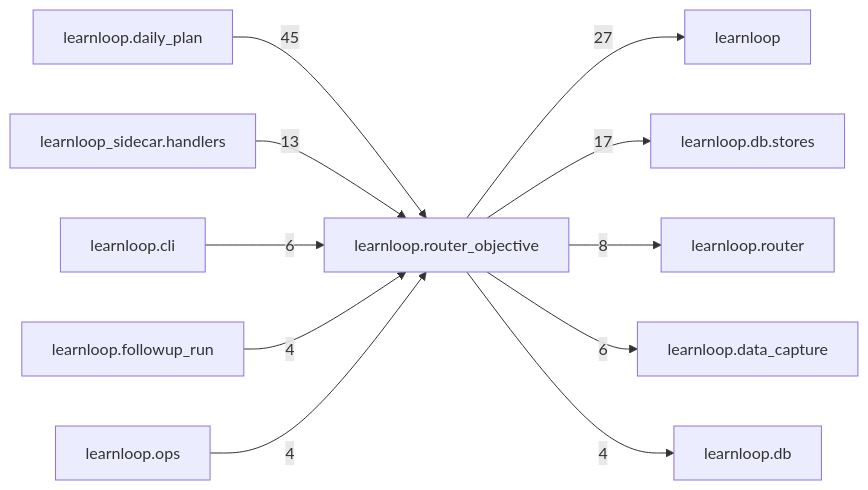
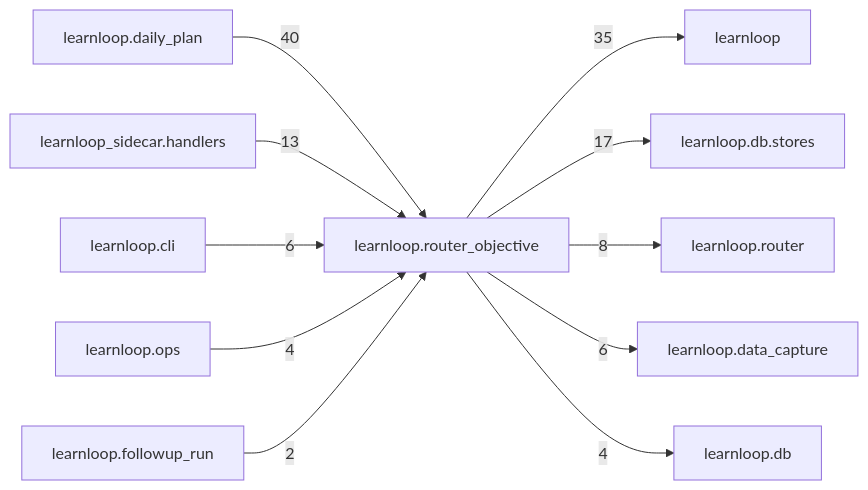
One commit to 6up-b/learnanything changed the diagram in docs/learnloop-architecture-vault/Reference/Modules/learnloop/router_objective/_package.md. Above: the diagram before and after it, drawn with Mermaid. The commit also changed other lines of this file and 59 other files, not shown here.

````diff
--- a/docs/learnloop-architecture-vault/Reference/Modules/learnloop/router_objective/_package.md
+++ b/docs/learnloop-architecture-vault/Reference/Modules/learnloop/router_objective/_package.md
@@ -161,24 +161,24 @@
 ```mermaid
 flowchart LR
     center["learnloop.router_objective"]
     n_learnloop_daily_plan["learnloop.daily_plan"]
     n_learnloop["learnloop"]
     n_learnloop_db_stores["learnloop.db.stores"]
     n_learnloop_sidecar_handlers["learnloop_sidecar.handlers"]
     n_learnloop_router["learnloop.router"]
     n_learnloop_cli["learnloop.cli"]
     n_learnloop_data_capture["learnloop.data_capture"]
     n_learnloop_db["learnloop.db"]
+    n_learnloop_ops["learnloop.ops"]
     n_learnloop_followup_run["learnloop.followup_run"]
-    n_learnloop_ops["learnloop.ops"]
-    n_learnloop_daily_plan -->|45| center
-    center -->|27| n_learnloop
+    n_learnloop_daily_plan -->|40| center
+    center -->|35| n_learnloop
     center -->|17| n_learnloop_db_stores
     n_learnloop_sidecar_handlers -->|13| center
     center -->|8| n_learnloop_router
     n_learnloop_cli -->|6| center
     center -->|6| n_learnloop_data_capture
     center -->|4| n_learnloop_db
-    n_learnloop_followup_run -->|4| center
     n_learnloop_ops -->|4| center
+    n_learnloop_followup_run -->|2| center
 ```
````
